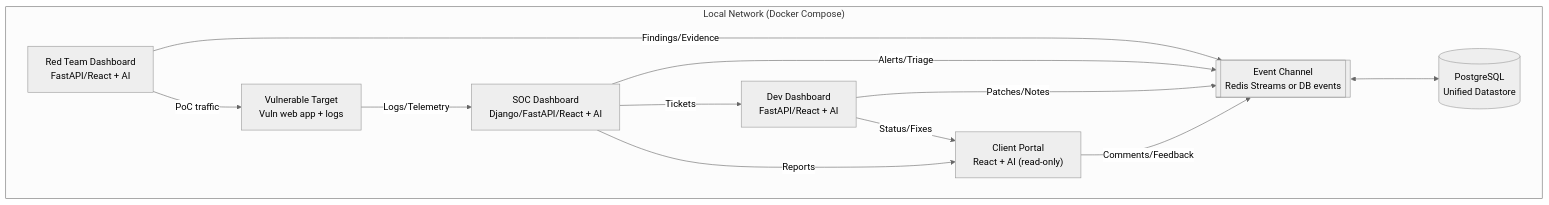
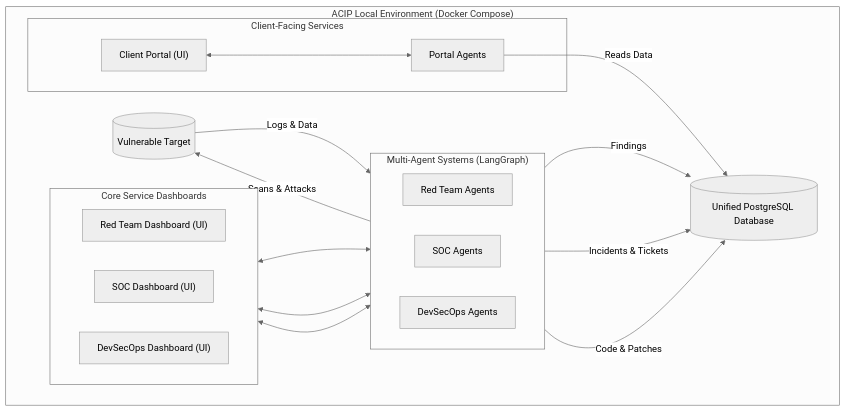
One commit to mahmoud01277599066-design/Advanced-Cybersecurity-Intelligence-Platform-v1 changed the fourth of 13 diagrams in 0 - Proposal.md. Above: the diagram before and after it, drawn with Mermaid (neutral theme). The commit also changed other lines of this file, not shown here.

First line of the commit message:
Revise ACIP proposal for clarity and structure

````diff
--- a/0 - Proposal.md
+++ b/0 - Proposal.md
@@ -116,26 +72,38 @@
 ```mermaid
-graph LR
-    subgraph "Local Network (Docker Compose)"
-        direction LR
-        VT[Vulnerable Target<br>Vuln web app + logs]
-        RT[Red Team Dashboard<br>FastAPI/React + AI]
-        SOC[SOC Dashboard<br>Django/FastAPI/React + AI]
-        DEV[Dev Dashboard<br>FastAPI/React + AI]
-        CL["Client Portal<br>React + AI (read-only)"]
-        DB[(PostgreSQL<br>Unified Datastore)]
-        BUS[[Event Channel<br>Redis Streams or DB events]]
+graph TD
+    subgraph "ACIP Local Environment (Docker Compose)"
+        subgraph "Core Service Dashboards"
+            direction LR
+            RT_UI["Red Team Dashboard (UI)"]
+            SOC_UI["SOC Dashboard (UI)"]
+            DEV_UI["DevSecOps Dashboard (UI)"]
+        end
+
+        subgraph "Multi-Agent Systems (LangGraph)"
+            direction LR
+            RT_MAS["Red Team Agents"]
+            SOC_MAS["SOC Agents"]
+            DEV_MAS["DevSecOps Agents"]
+        end
+
+        subgraph "Client-Facing Services"
+            CP_UI["Client Portal (UI)"]
+            CP_MAS["Portal Agents"]
+        end
+
+        DB[(Unified PostgreSQL Database)]
+        VT[("Vulnerable Target")]
+
+        RT_UI <--> RT_MAS
+        SOC_UI <--> SOC_MAS
+        DEV_UI <--> DEV_MAS
+        CP_UI <--> CP_MAS
+
+        RT_MAS -- Scans & Attacks --> VT
+        VT -- Logs & Data --> SOC_MAS
+        RT_MAS -- Findings --> DB
+        SOC_MAS -- Incidents & Tickets --> DB
+        DEV_MAS -- Code & Patches --> DB
+        CP_MAS -- Reads Data --> DB
     end
-
-    RT -- "Findings/Evidence" --> BUS
-    SOC -- "Alerts/Triage" --> BUS
-    DEV -- "Patches/Notes" --> BUS
-    CL -- "Comments/Feedback" --> BUS
-    BUS <---> DB
-    VT -- "Logs/Telemetry" --> SOC
-    RT -- "PoC traffic" --> VT
-    SOC -- Tickets --> DEV
-    DEV -- "Status/Fixes" --> CL
-    SOC -- Reports --> CL
-
-
 ```
````
